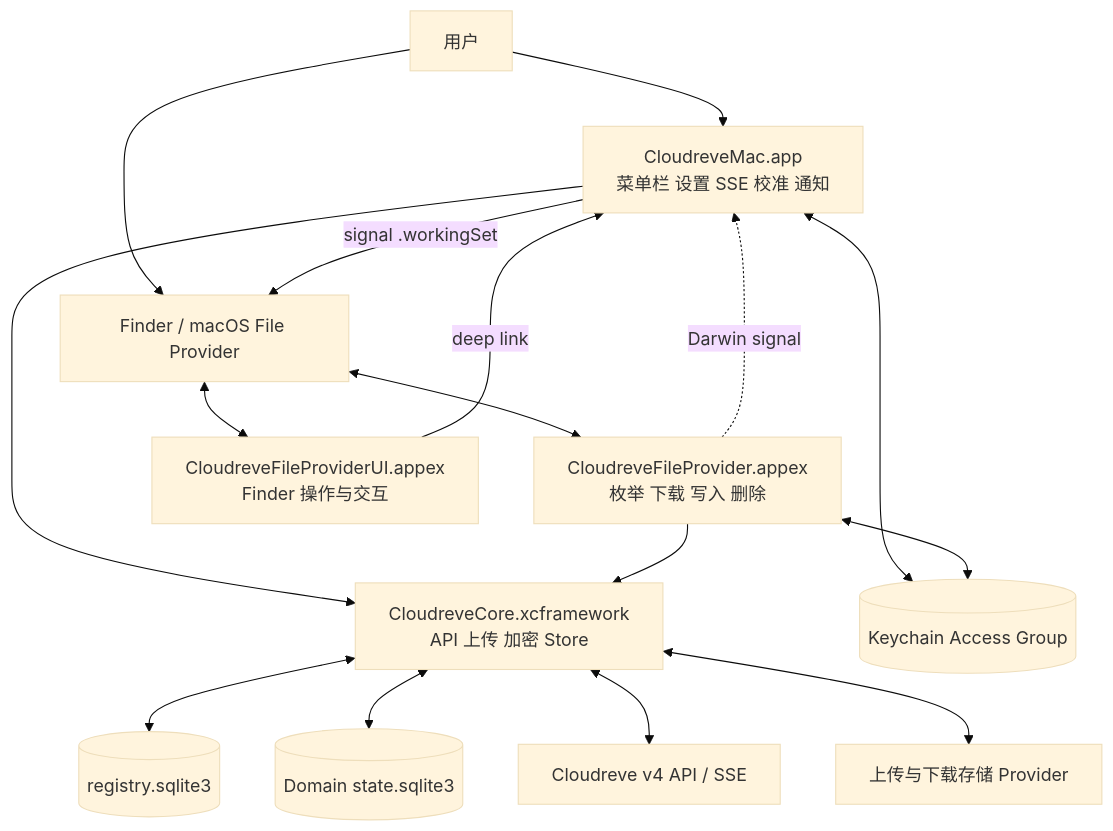
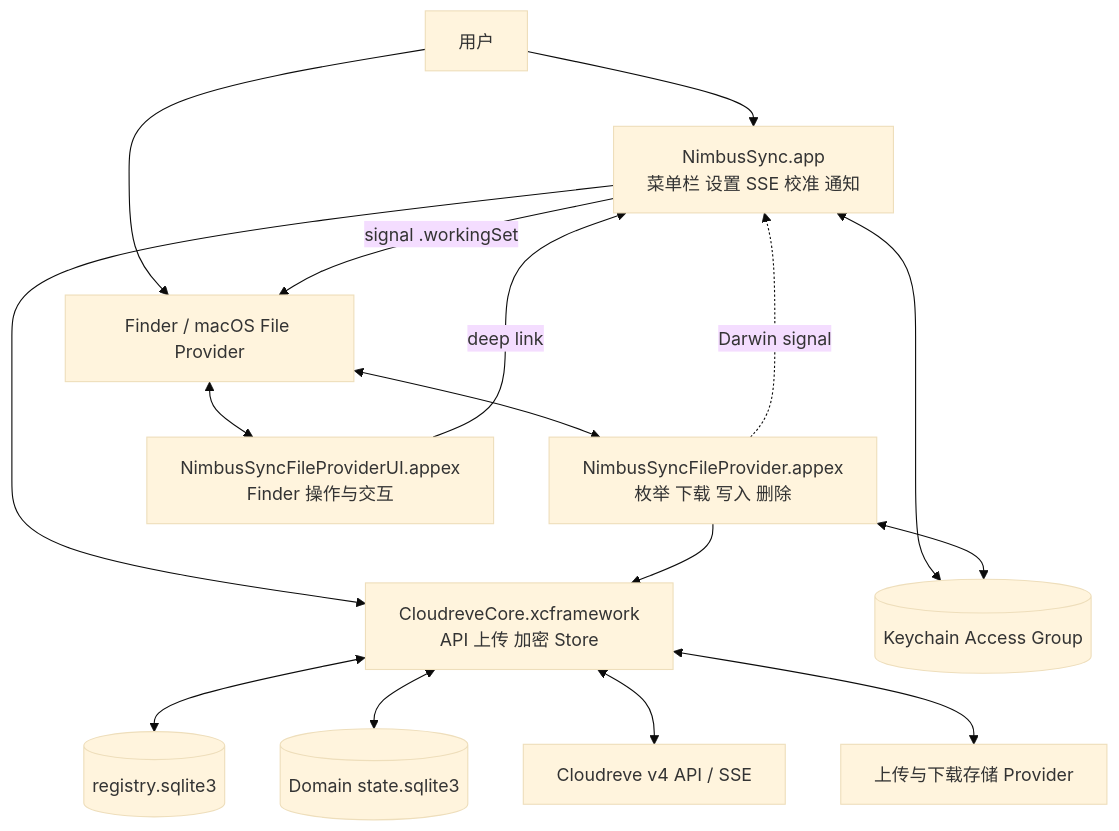
The first of 5 diagrams in docs/02-macos-technical-architecture.md (tiylabs/nimbussync), drawn with Mermaid (base theme) before and after one commit. The commit also changed other lines of this file and 27 other files, not shown here.

Commit message:
refactor: 🔧 streamline NimbusSync architecture and interfaces

````diff
--- a/docs/02-macos-technical-architecture.md
+++ b/docs/02-macos-technical-architecture.md
@@ -101,30 +101,30 @@
 ```mermaid
 flowchart TB
     USER[用户]
     FINDER[Finder / macOS File Provider]
-    APP[CloudreveMac.app<br/>菜单栏 设置 SSE 校准 通知]
-    FP[CloudreveFileProvider.appex<br/>枚举 下载 写入 删除]
-    FPUI[CloudreveFileProviderUI.appex<br/>Finder 操作与交互]
+    APP[NimbusSync.app<br/>菜单栏 设置 SSE 校准 通知]
+    FP[NimbusSyncFileProvider.appex<br/>枚举 下载 写入 删除]
+    FPUI[NimbusSyncFileProviderUI.appex<br/>Finder 操作与交互]
     CORE[CloudreveCore.xcframework<br/>API 上传 加密 Store]
     REG[(registry.sqlite3)]
     DOMAIN[(Domain state.sqlite3)]
     KC[(Keychain Access Group)]
     SERVER[Cloudreve v4 API / SSE]
     STORAGE[上传与下载存储 Provider]
 
     USER --> APP
     USER --> FINDER
     FINDER <--> FP
     FINDER <--> FPUI
     FPUI -->|deep link| APP
     APP --> CORE
     FP --> CORE
     CORE <--> REG
     CORE <--> DOMAIN
     APP <--> KC
     FP <--> KC
     CORE <--> SERVER
     CORE <--> STORAGE
     APP -->|signal .workingSet| FINDER
     FP -. Darwin signal .-> APP
 ```
````
